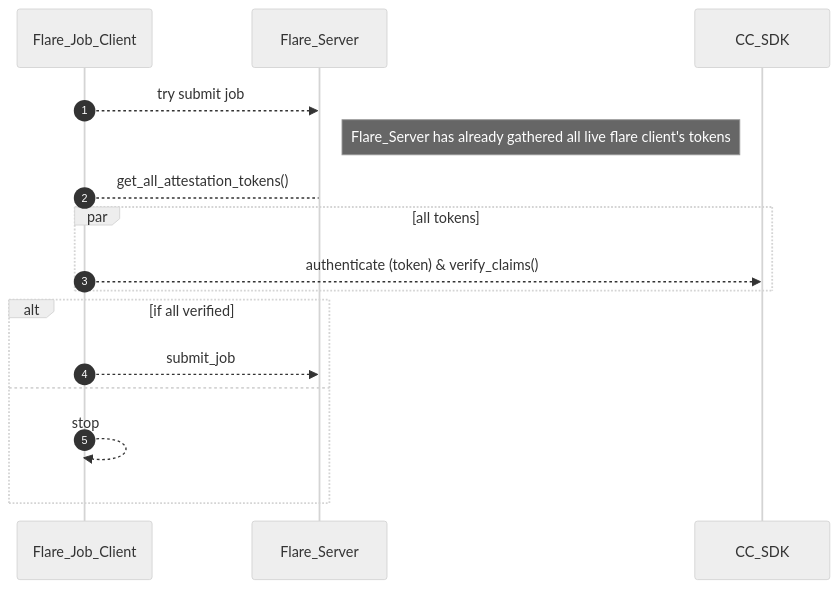
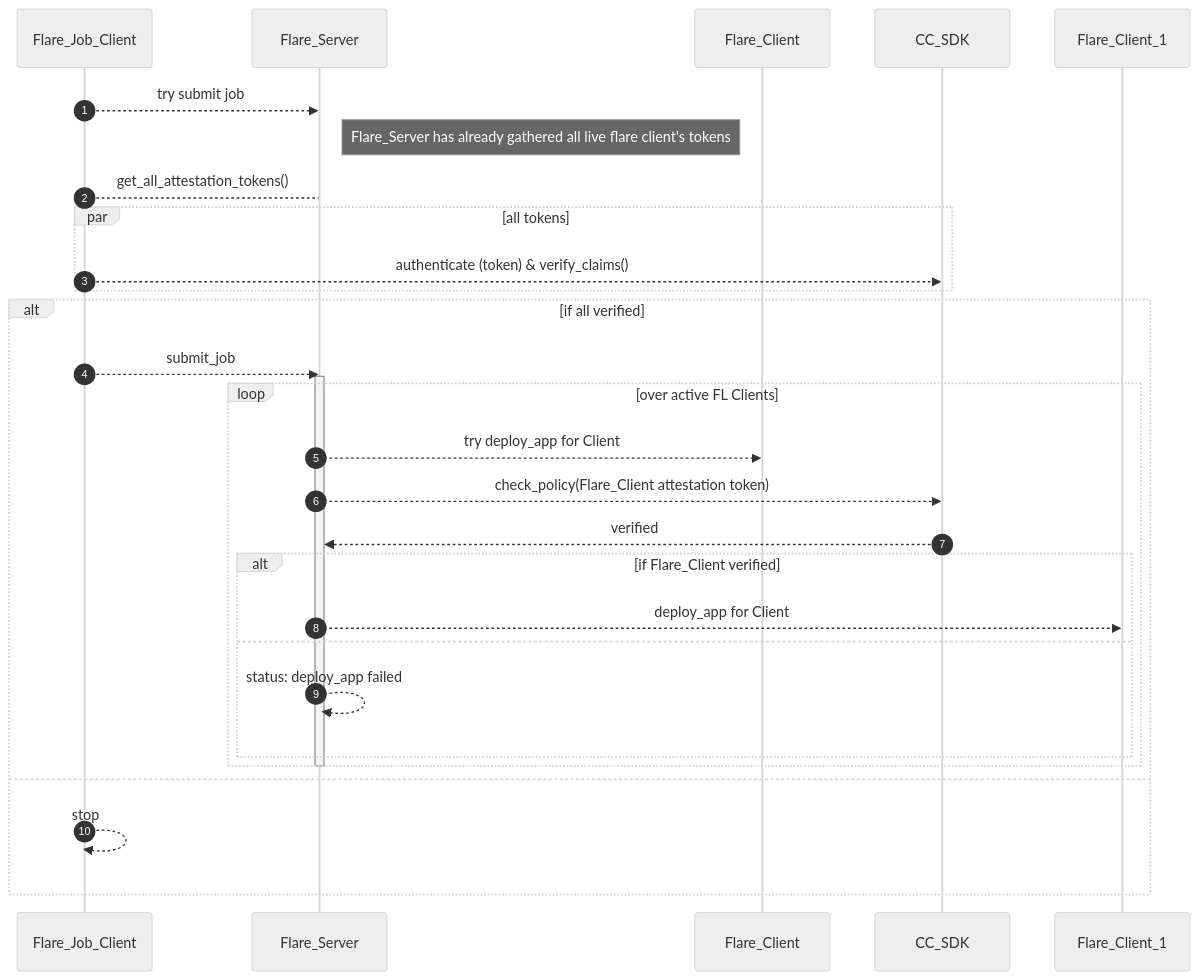
The tenth of 10 diagrams in docs/confidential_computing/detailed_cc_sequence_diagram.md (hitesh-ag1/NVFlare), drawn with Mermaid (neutral theme) before and after one commit. The commit also changed other lines of this file, not shown here.

Commit message:
Sequence diagram for CC

````diff
--- a/docs/confidential_computing/detailed_cc_sequence_diagram.md
+++ b/docs/confidential_computing/detailed_cc_sequence_diagram.md
@@ -228,22 +244,35 @@
 ```mermaid
 sequenceDiagram
    autonumber
     
     participant Flare_Job_Client
     participant Flare_Server
+    participant Flare_Client
     participant CC_SDK
     
     Flare_Job_Client -->> Flare_Server: try submit job
     Note right of Flare_Server: Flare_Server has already gathered all live flare client's tokens
     Flare_Job_Client --> Flare_Server : get_all_attestation_tokens()
     par all tokens
         Flare_Job_Client -->> CC_SDK: authenticate (token) & verify_claims()
     end
     
     alt if all verified
         Flare_Job_Client -->> Flare_Server: submit_job
+        activate Flare_Server
+        loop over active FL Clients
+            Flare_Server -->> Flare_Client: try deploy_app for Client
+            Flare_Server -->> CC_SDK: check_policy(Flare_Client attestation token)
+            CC_SDK -->> Flare_Server: verified
+            alt if Flare_Client verified
+                Flare_Server -->> Flare_Client_1: deploy_app for Client
+            else
+                Flare_Server -->> Flare_Server: status: deploy_app failed
+            end
+        end
+        deactivate Flare_Server
     else
         Flare_Job_Client -->> Flare_Job_Client: stop
     end
    
 ```
````
